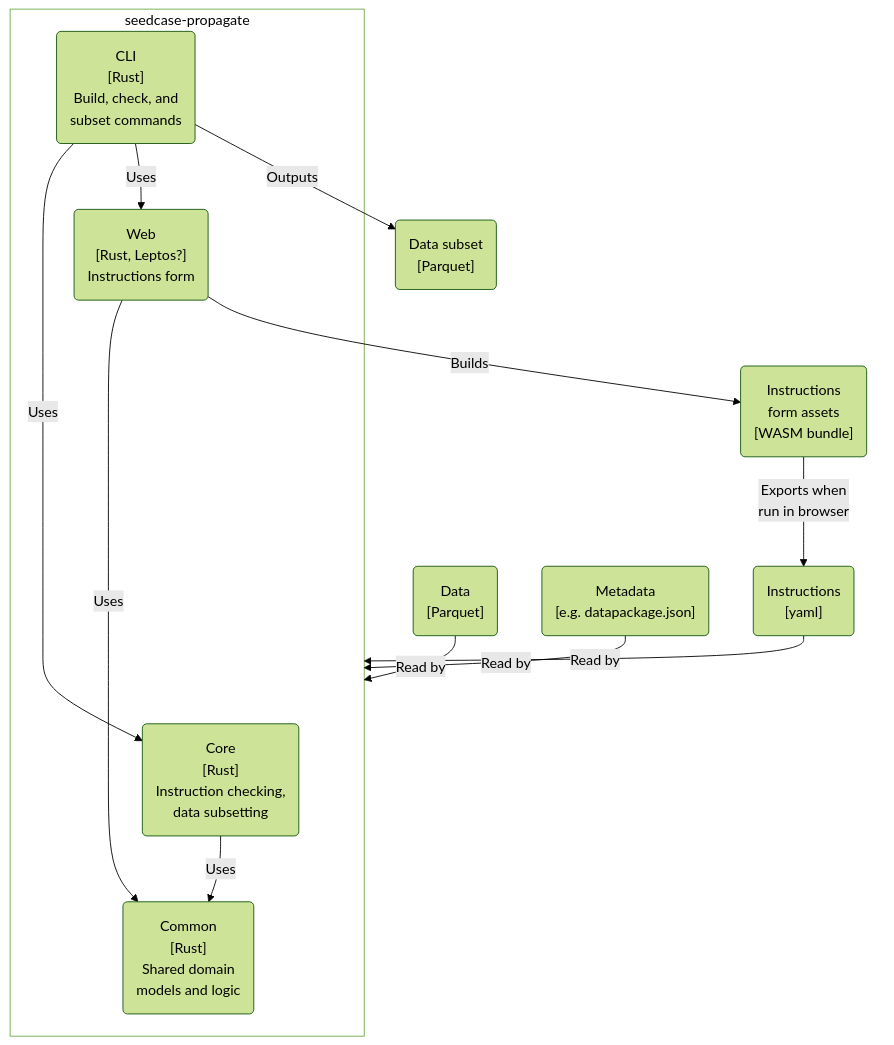
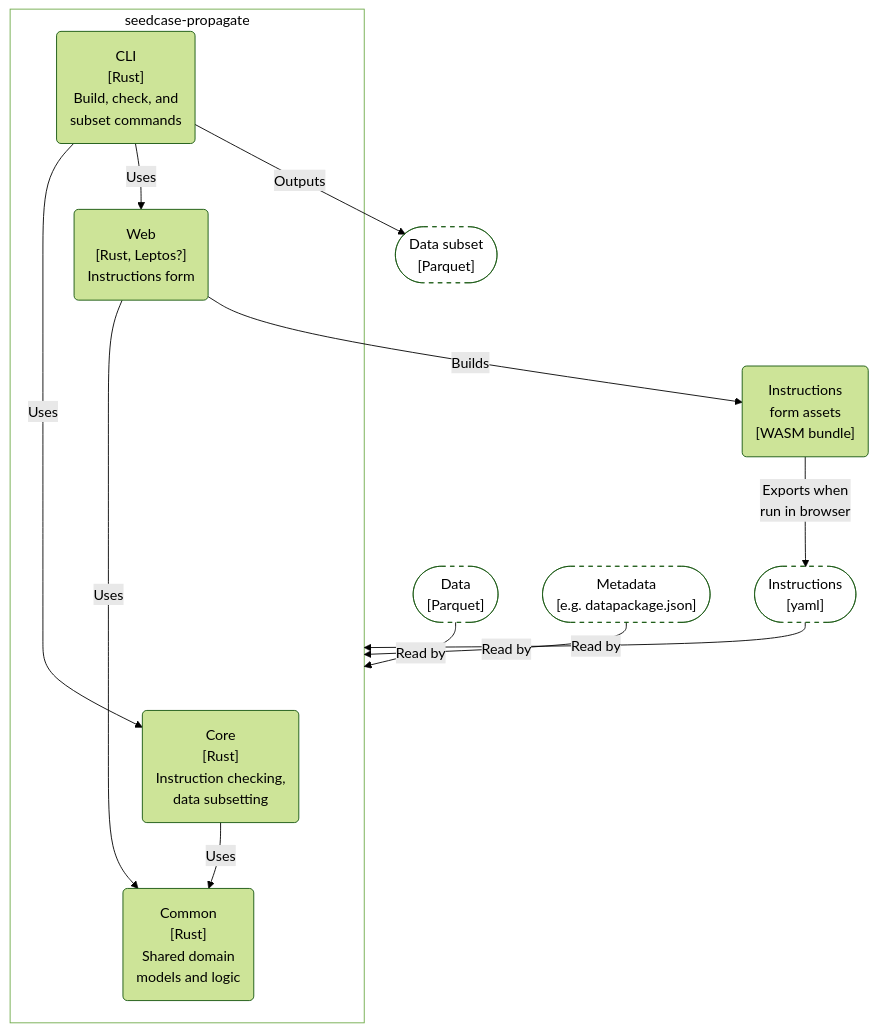
Before and after one commit to seedcase-project/seedcase-propagate: the second of 2 diagrams in docs/design/architecture.qmd, drawn with Mermaid (forest theme). The commit also changed other lines of this file, not shown here.

Commit message:
style: 🎨 improve diagram style

````diff
--- a/docs/design/architecture.qmd
+++ b/docs/design/architecture.qmd
@@ -125,39 +124,41 @@
 ```{mermaid}
 %%| label: fig-c4-container
 %%| fig-cap: "C4 container diagram showing the main Rust crates in Propagate and the command-line interface."
 
 flowchart TD
 
   subgraph "input"
-    data("Data<br>[Parquet]")
-    metadata("Metadata<br>[e.g. datapackage.json]")
-    instructions("Instructions<br>[yaml]")
+    data(["Data<br>[Parquet]"])
+    metadata(["Metadata<br>[e.g. datapackage.json]"])
+    instructions(["Instructions<br>[yaml]"])
   end
 
   subgraph "seedcase-propagate"
     core("Core<br>[Rust]<br>Instruction checking,<br>data subsetting")
     common("Common<br>[Rust]<br>Shared domain<br>models and logic")
     web("Web<br>[Rust, Leptos?]<br>Instructions form")
     cli("CLI<br>[Rust]<br>Build, check, and<br>subset commands")
 
     core -- "Uses" --> common
     web -- "Uses" --> common
     cli -- "Uses" --> core
     cli -- "Uses" --> web
   end
 
-    subset("Data subset<br>[Parquet]")
+    subset(["Data subset<br>[Parquet]"])
     form_assets("Instructions<br>form assets<br>[WASM bundle]")
 
     instructions --"Read by"--> seedcase-propagate
     data --"Read by"--> seedcase-propagate
     metadata --"Read by"--> seedcase-propagate
 
     web --"Builds"--> form_assets
     form_assets --"Exports when<br>run in browser"--> instructions
     cli --"Outputs"--> subset
 
     %% Styling
     style seedcase-propagate fill:#FFFFFF, color:#000000
     style input fill:none, color:transparent, stroke:none
+    classDef artifact fill:transparent, stroke-dasharray: 5 5
+    class metadata,data,instructions,subset artifact
 ```
````
